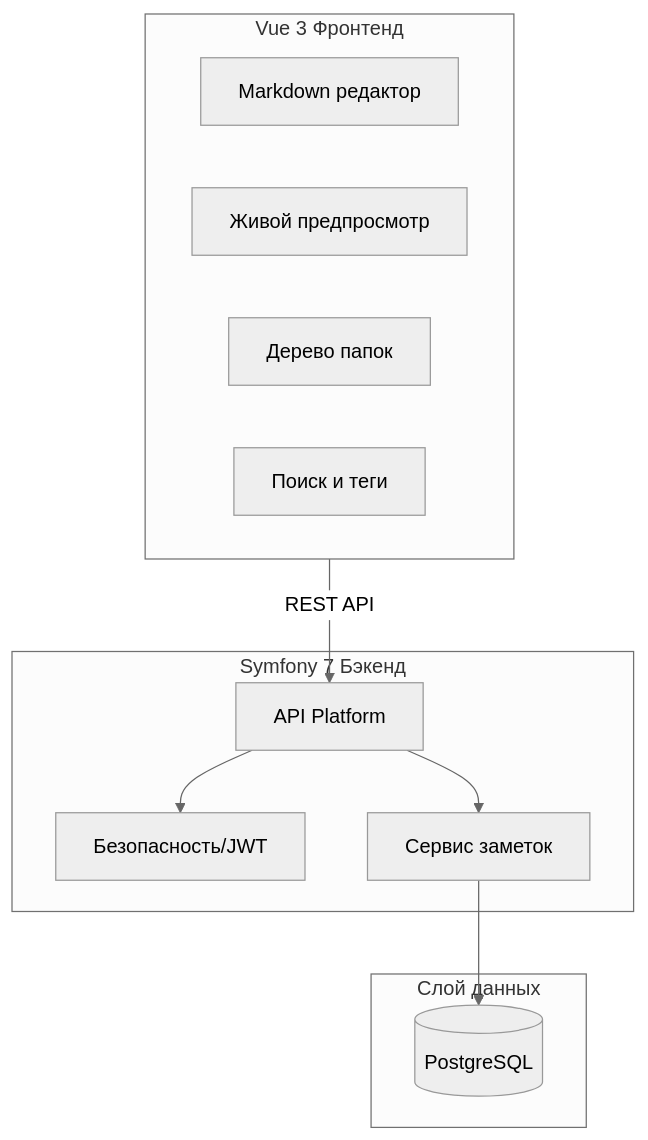
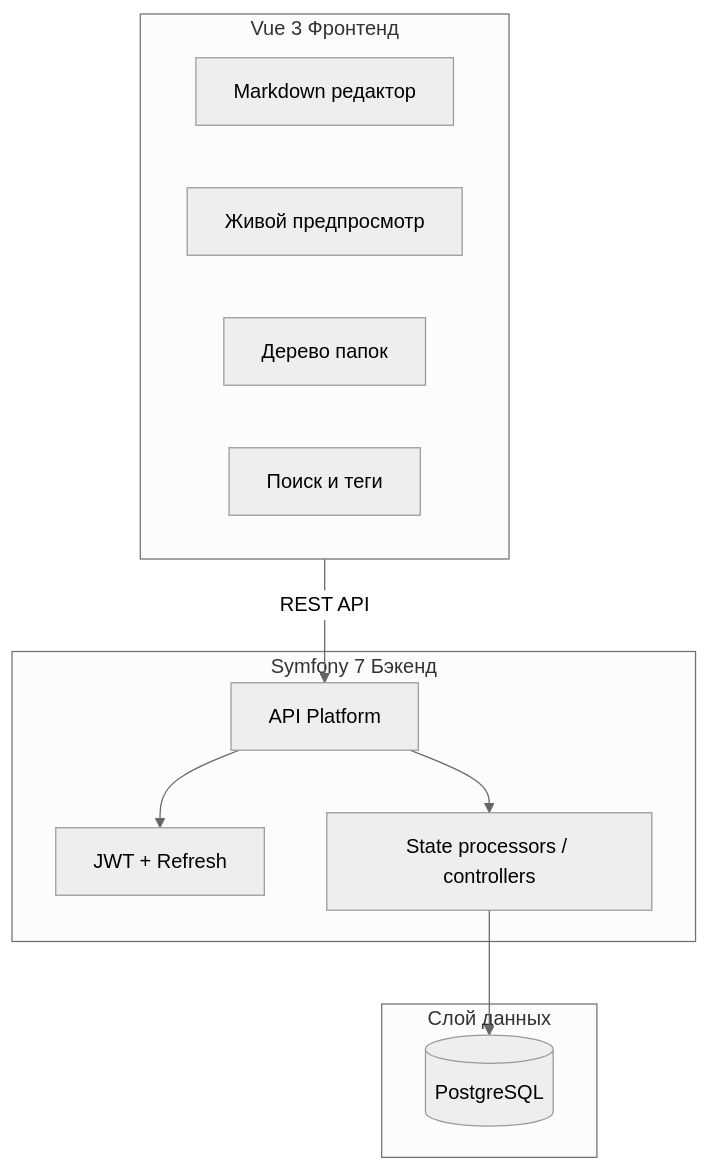
The first of 3 diagrams in ARCHITECTURE.md (anton-test-otus/otus-ai-app), drawn with Mermaid (neutral theme) before and after one commit. The commit also changed other lines of this file, not shown here.

````diff
--- a/ARCHITECTURE.md
+++ b/ARCHITECTURE.md
@@ -7,24 +7,24 @@
 ```mermaid
 flowchart TB
     subgraph frontend [Vue 3 Фронтенд]
         Editor[Markdown редактор]
         Preview[Живой предпросмотр]
         Tree[Дерево папок]
         Search[Поиск и теги]
     end
     
     subgraph backend [Symfony 7 Бэкенд]
         API[API Platform]
-        Auth[Безопасность/JWT]
-        Service[Сервис заметок]
+        Auth[JWT + Refresh]
+        State[State processors / controllers]
     end
     
     subgraph storage [Слой данных]
         PG[(PostgreSQL)]
     end
     
     frontend -->|REST API| API
     API --> Auth
-    API --> Service
-    Service --> PG
+    API --> State
+    State --> PG
 ```
````
